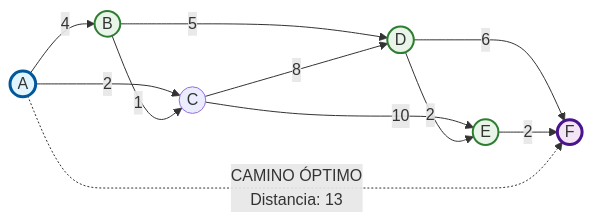
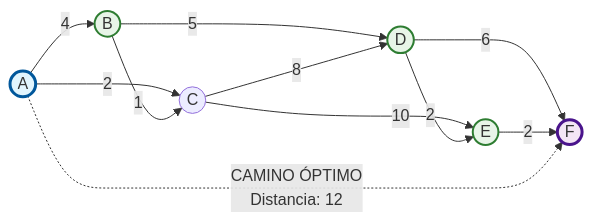
The diagram in testresults.md (juananmora/poc-springboot-sum-integers), drawn with Mermaid before and after one commit. The commit also changed other lines of this file, not shown here.

````diff
--- a/testresults.md
+++ b/testresults.md
@@ -64,24 +64,24 @@
 ```mermaid
 graph LR
     A((A)) -->|4| B((B))
     A -->|2| C((C))
     B -->|1| C
     B -->|5| D((D))
     C -->|8| D
     C -->|10| E((E))
     D -->|6| F((F))
     D -->|2| E
     E -->|2| F
     
-    %% Destacar el camino óptimo A → B → D → E → F
-    A -.->|"CAMINO ÓPTIMO<br/>Distancia: 13"| F
+    %% Destacar el camino óptimo A → C → B → D → E → F
+    A -.->|"CAMINO ÓPTIMO<br/>Distancia: 12"| F
     
     %% Estilos
     classDef startNode fill:#e1f5fe,stroke:#01579b,stroke-width:3px
     classDef endNode fill:#f3e5f5,stroke:#4a148c,stroke-width:3px
     classDef pathNode fill:#e8f5e8,stroke:#2e7d32,stroke-width:2px
     
     class A startNode
     class F endNode
     class B,D,E pathNode
 ```
````
